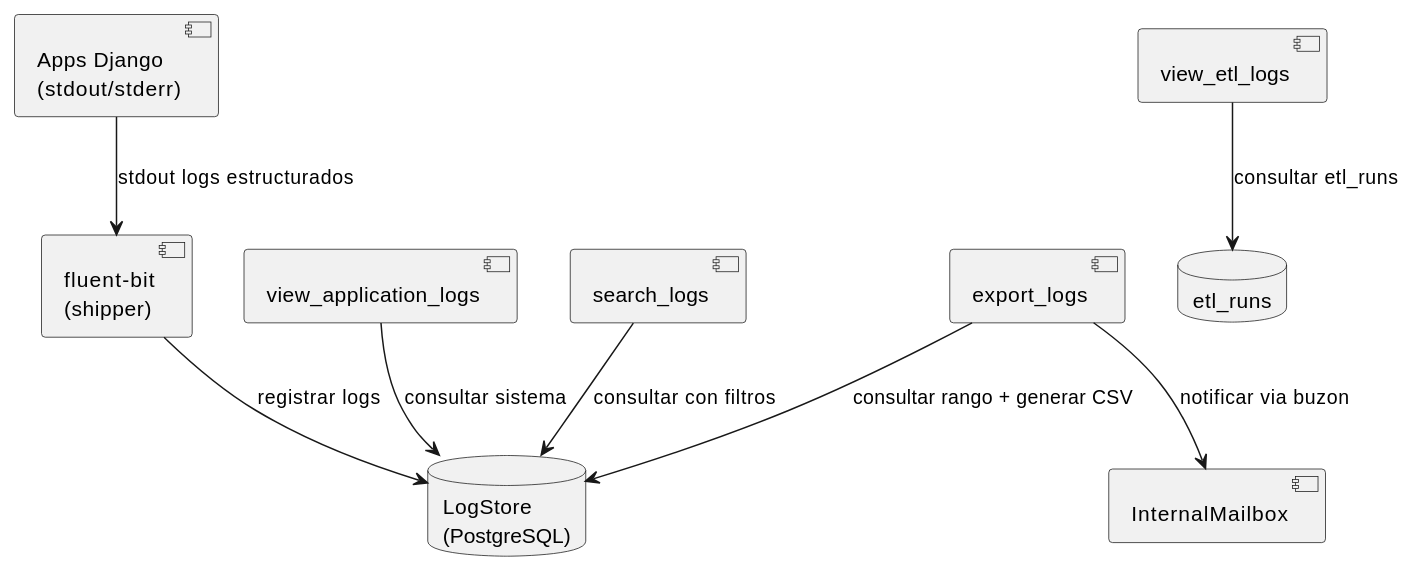
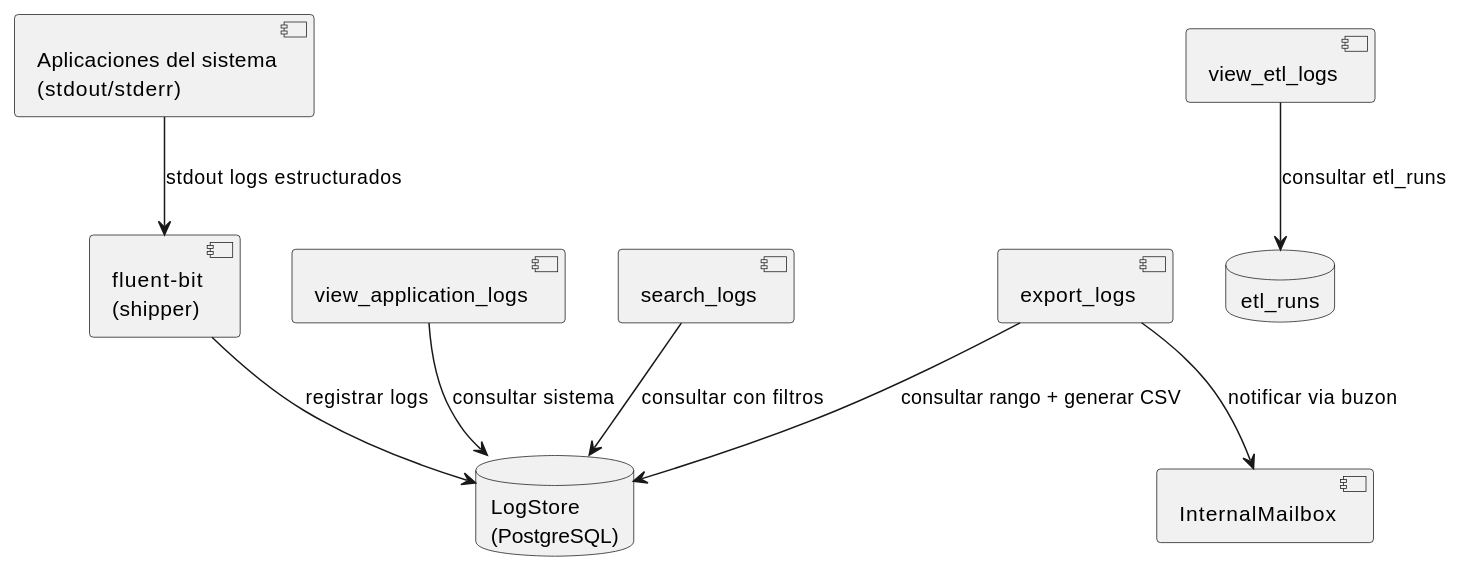
Before and after one commit to jcg-admin/IACT-docs: the diagram in source/arquitectura-tecnica/modulos/sys-logs/diagramas/componentes-mod-logs.rst, drawn with PlantUML. The commit also changed 93 other files, not shown here.

```diff
--- a/source/arquitectura-tecnica/modulos/sys-logs/diagramas/componentes-mod-logs.rst
+++ b/source/arquitectura-tecnica/modulos/sys-logs/diagramas/componentes-mod-logs.rst
@@ -22,26 +22,26 @@
 .. uml::
  :caption: Componentes de MOD_Logs y pipeline de recoleccion de logs.
 
  @startuml
 
- component "Apps Django\n(stdout/stderr)" as AppsDjango
+ component "Aplicaciones del sistema\n(stdout/stderr)" as AppsDjango
  component "fluent-bit\n(shipper)" as FluentBit
  database "LogStore\n(PostgreSQL)" as Logstore
  database "etl_runs" as ETL_LOG
 
  component "view_application_logs" as view_application_logs
  component "view_etl_logs" as view_etl_logs
  component "search_logs" as search_logs
  component "export_logs" as export_logs
  component "InternalMailbox" as Internalmailbox
 
  AppsDjango --> FluentBit : stdout logs estructurados
  FluentBit --> Logstore : registrar logs
 
  view_application_logs --> Logstore : consultar sistema
  view_etl_logs --> ETL_LOG : consultar etl_runs
  search_logs --> Logstore : consultar con filtros
  export_logs --> Logstore : consultar rango + generar CSV
  export_logs --> Internalmailbox : notificar via buzon
 
  @enduml
```
